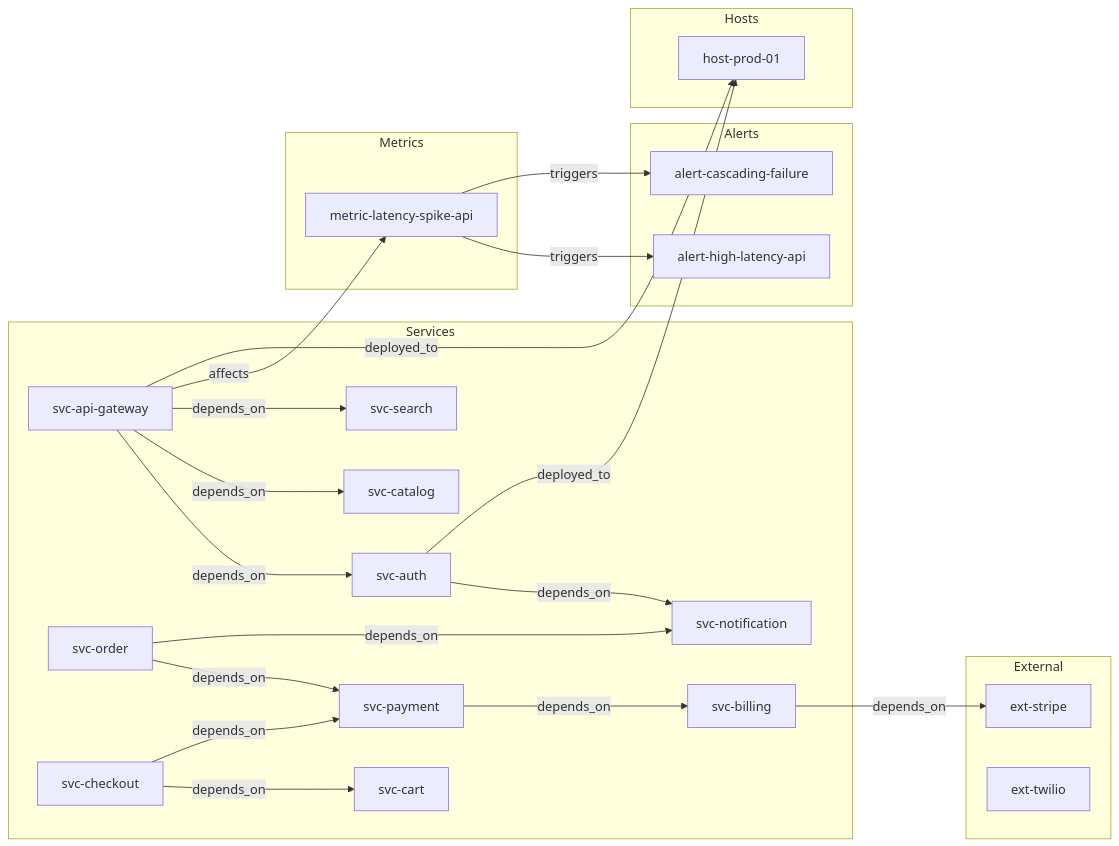
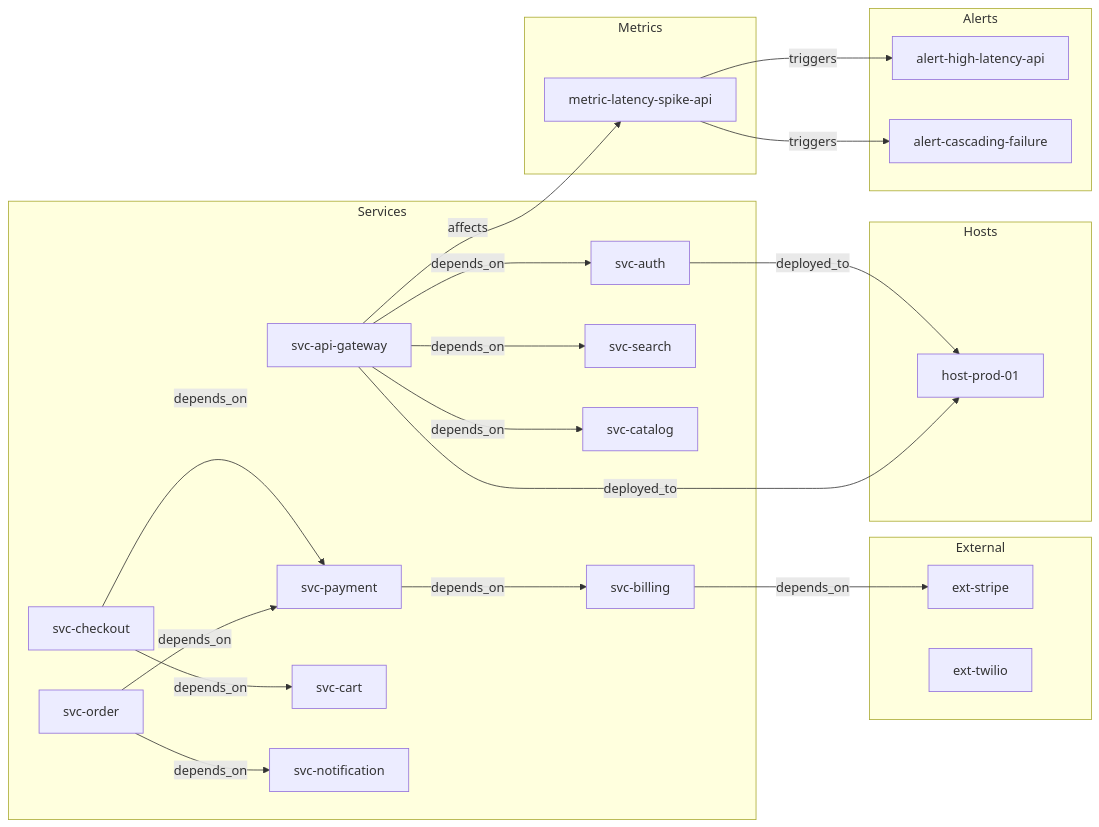
The diagram in examples/showcase/reasoning/advanced_rules/README.md (antquinonez/Hyper3), drawn with Mermaid before and after one commit. The commit also changed other lines of this file and 8 other files, not shown here.

First line of the commit message:
Fix text inaccuracies, add mermaid diagrams, and standardize imports in reasoning showcases

````diff
--- a/examples/showcase/reasoning/advanced_rules/README.md
+++ b/examples/showcase/reasoning/advanced_rules/README.md
@@ -68,49 +68,48 @@
 ```mermaid
 graph LR
     subgraph Services
         GW[svc-api-gateway]
         AUTH[svc-auth]
         ORDER[svc-order]
         PAY[svc-payment]
         CART[svc-cart]
         CHECKOUT[svc-checkout]
         SEARCH[svc-search]
         CAT[svc-catalog]
         NOTIFY[svc-notification]
         BILL[svc-billing]
     end
 
     subgraph External
         STRIPE[ext-stripe]
         TWILIO[ext-twilio]
     end
 
     subgraph Alerts
         LATENCY[alert-high-latency-api]
         CASCADE[alert-cascading-failure]
     end
 
     subgraph Metrics
         MSPIKE[metric-latency-spike-api]
     end
 
     subgraph Hosts
         H01[host-prod-01]
     end
 
     GW -->|depends_on| AUTH
     GW -->|depends_on| CAT
     GW -->|depends_on| SEARCH
-    AUTH -->|depends_on| NOTIFY
     ORDER -->|depends_on| PAY
     ORDER -->|depends_on| NOTIFY
     CHECKOUT -->|depends_on| CART
     CHECKOUT -->|depends_on| PAY
     PAY -->|depends_on| BILL
     BILL -->|depends_on| STRIPE
     GW -->|affects| MSPIKE
     MSPIKE -->|triggers| LATENCY
     MSPIKE -->|triggers| CASCADE
     GW -->|deployed_to| H01
     AUTH -->|deployed_to| H01
 ```
````
